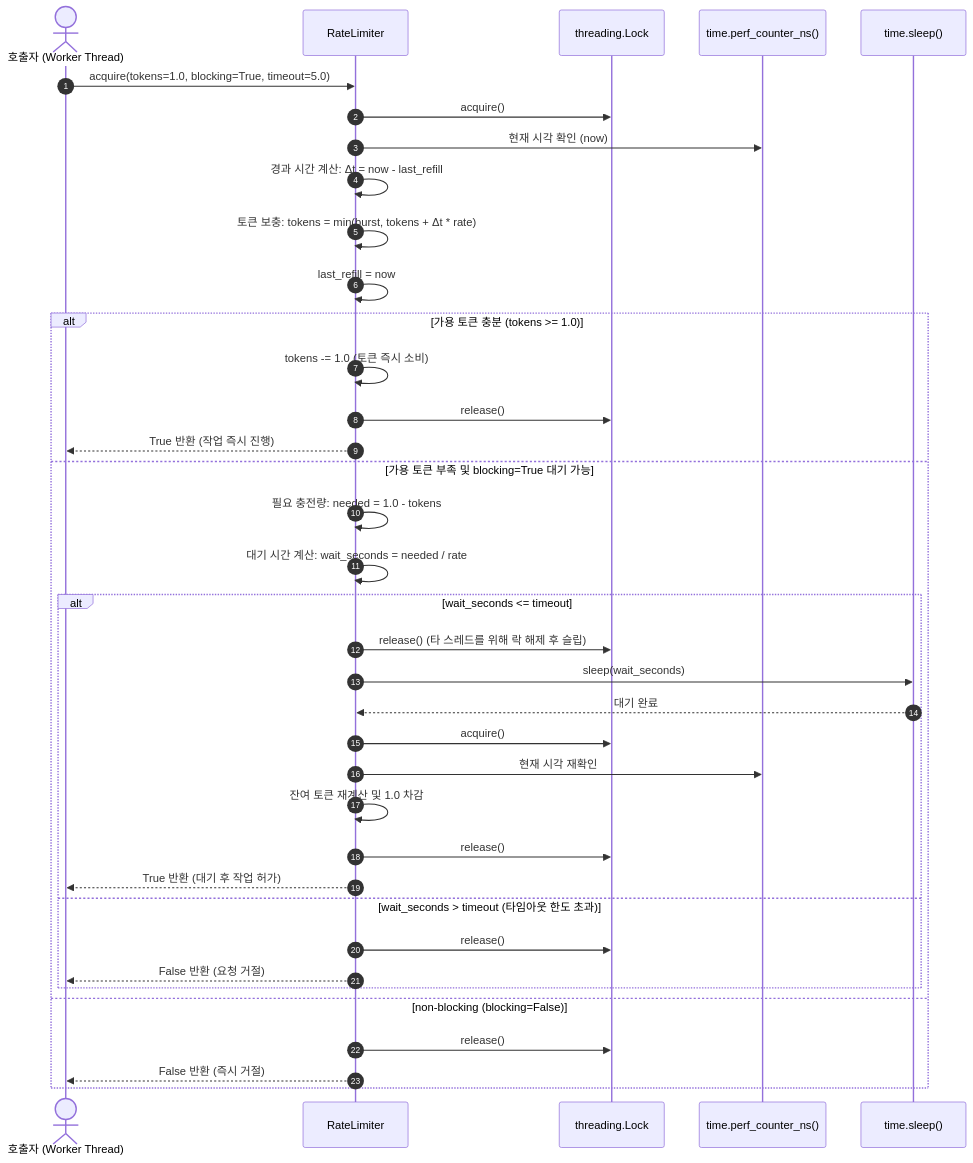
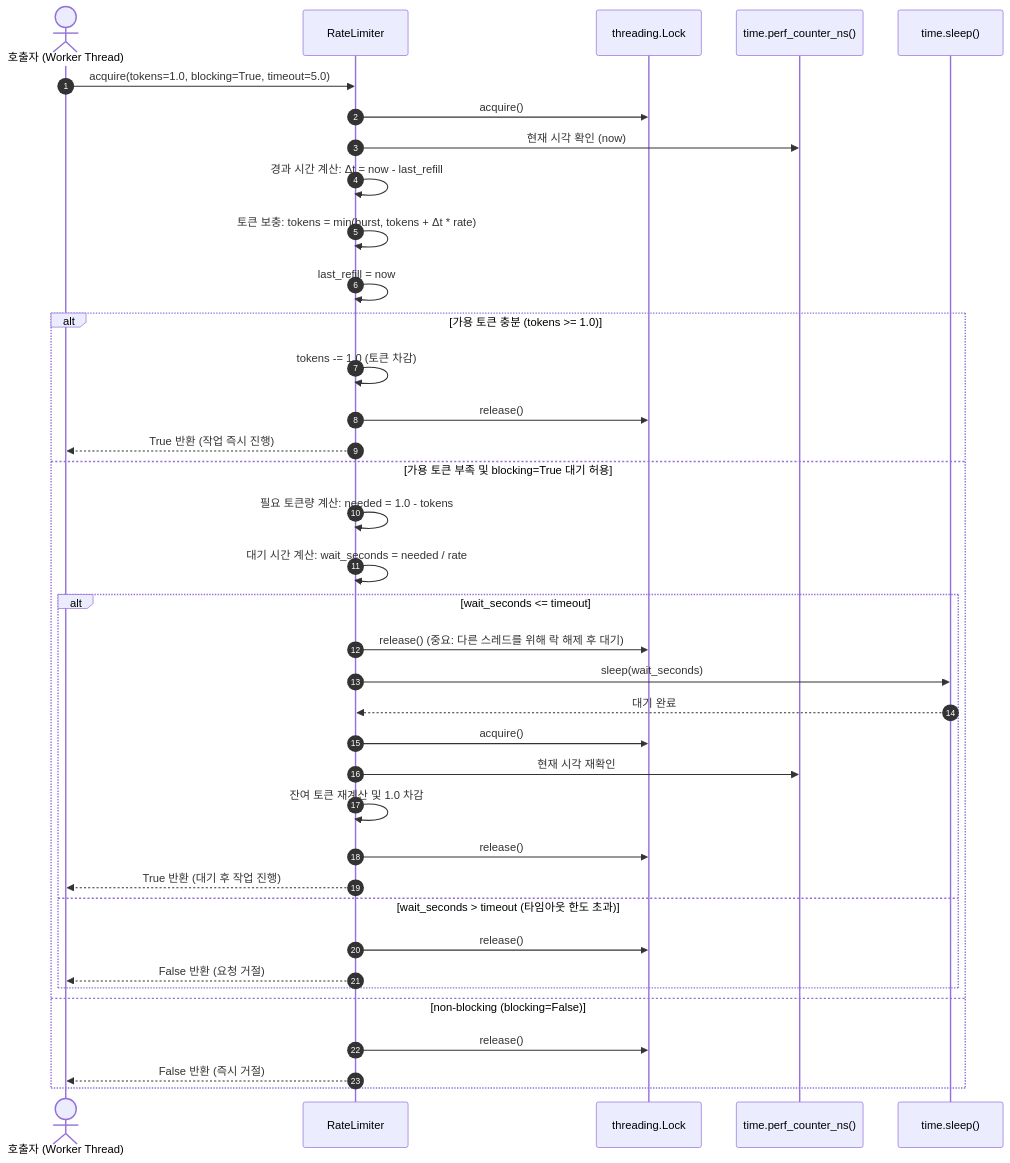
Before and after one commit to ozplayground/python-package: the fourth of 5 diagrams in docs/quiver/system-designer/01_SYSTEM_DESIGN.md, drawn with Mermaid. The commit also changed other lines of this file and 53 other files, not shown here.

````diff
--- a/docs/quiver/system-designer/01_SYSTEM_DESIGN.md
+++ b/docs/quiver/system-designer/01_SYSTEM_DESIGN.md
@@ -408,43 +367,43 @@
 ```mermaid
 sequenceDiagram
     autonumber
     actor Caller as 호출자 (Worker Thread)
     participant Limiter as RateLimiter
     participant Lock as threading.Lock
     participant Clock as time.perf_counter_ns()
     participant Sleeper as time.sleep()
 
     Caller->>Limiter: acquire(tokens=1.0, blocking=True, timeout=5.0)
     Limiter->>Lock: acquire()
     Limiter->>Clock: 현재 시각 확인 (now)
     Limiter->>Limiter: 경과 시간 계산: Δt = now - last_refill
     Limiter->>Limiter: 토큰 보충: tokens = min(burst, tokens + Δt * rate)
     Limiter->>Limiter: last_refill = now
 
     alt 가용 토큰 충분 (tokens >= 1.0)
-        Limiter->>Limiter: tokens -= 1.0 (토큰 즉시 소비)
+        Limiter->>Limiter: tokens -= 1.0 (토큰 차감)
         Limiter->>Lock: release()
         Limiter-->>Caller: True 반환 (작업 즉시 진행)
-    else 가용 토큰 부족 및 blocking=True 대기 가능
-        Limiter->>Limiter: 필요 충전량: needed = 1.0 - tokens
+    else 가용 토큰 부족 및 blocking=True 대기 허용
+        Limiter->>Limiter: 필요 토큰량 계산: needed = 1.0 - tokens
         Limiter->>Limiter: 대기 시간 계산: wait_seconds = needed / rate
         
         alt wait_seconds <= timeout
-            Limiter->>Lock: release() (타 스레드를 위해 락 해제 후 슬립)
+            Limiter->>Lock: release() (중요: 다른 스레드를 위해 락 해제 후 대기)
             Limiter->>Sleeper: sleep(wait_seconds)
             Sleeper-->>Limiter: 대기 완료
             
             Limiter->>Lock: acquire()
             Limiter->>Clock: 현재 시각 재확인
             Limiter->>Limiter: 잔여 토큰 재계산 및 1.0 차감
             Limiter->>Lock: release()
-            Limiter-->>Caller: True 반환 (대기 후 작업 허가)
+            Limiter-->>Caller: True 반환 (대기 후 작업 진행)
         else wait_seconds > timeout (타임아웃 한도 초과)
             Limiter->>Lock: release()
             Limiter-->>Caller: False 반환 (요청 거절)
         end
     else non-blocking (blocking=False)
         Limiter->>Lock: release()
         Limiter-->>Caller: False 반환 (즉시 거절)
     end
 ```
````
